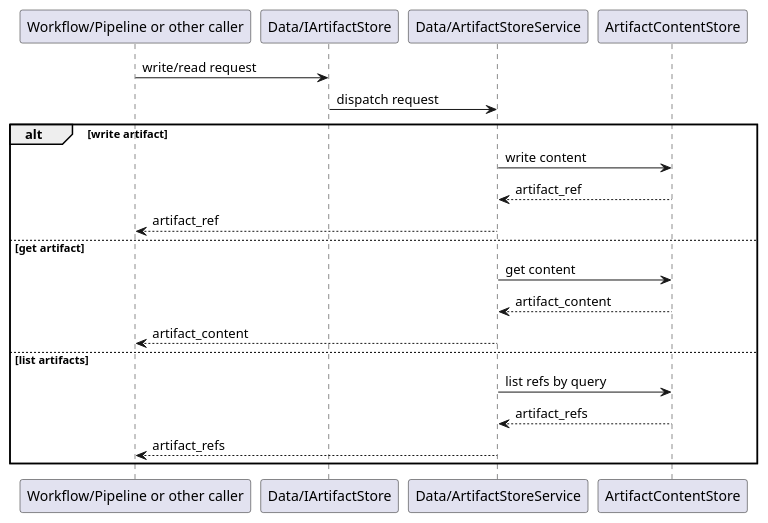
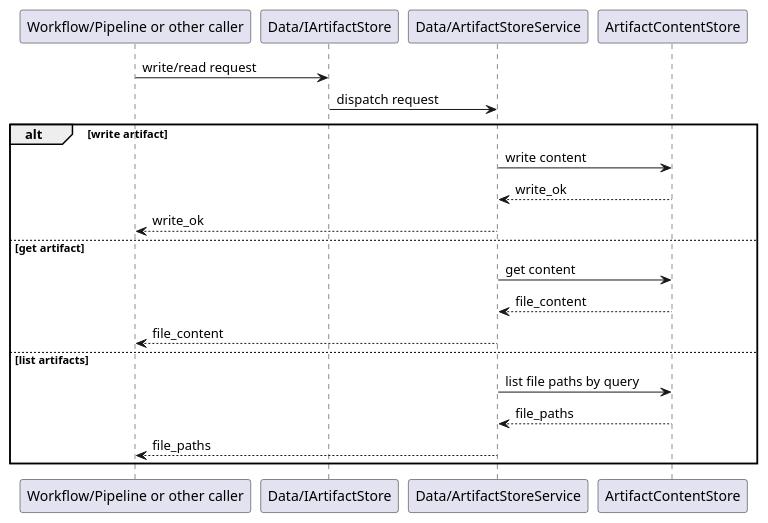
The second of 2 diagrams in meta_layer/docs/design_docs/Data/ArtifactStore.md (lucky-chen/ai_workflow_travel), drawn with PlantUML before and after one commit. The commit also changed other lines of this file and 1 other file, not shown here.

````diff
--- a/meta_layer/docs/design_docs/Data/ArtifactStore.md
+++ b/meta_layer/docs/design_docs/Data/ArtifactStore.md
@@ -96,25 +95,25 @@
 ```plantuml
 @startuml
 participant Caller as "Workflow/Pipeline or other caller"
 participant IArtifactStore as "Data/IArtifactStore"
 participant ArtifactStoreService as "Data/ArtifactStoreService"
 participant ArtifactContentStore
 
 Caller -> IArtifactStore: write/read request
 IArtifactStore -> ArtifactStoreService: dispatch request
 
 alt write artifact
   ArtifactStoreService -> ArtifactContentStore: write content
-  ArtifactContentStore --> ArtifactStoreService: artifact_ref
-  ArtifactStoreService --> Caller: artifact_ref
+  ArtifactContentStore --> ArtifactStoreService: write_ok
+  ArtifactStoreService --> Caller: write_ok
 else get artifact
   ArtifactStoreService -> ArtifactContentStore: get content
-  ArtifactContentStore --> ArtifactStoreService: artifact_content
-  ArtifactStoreService --> Caller: artifact_content
+  ArtifactContentStore --> ArtifactStoreService: file_content
+  ArtifactStoreService --> Caller: file_content
 else list artifacts
-  ArtifactStoreService -> ArtifactContentStore: list refs by query
-  ArtifactContentStore --> ArtifactStoreService: artifact_refs
-  ArtifactStoreService --> Caller: artifact_refs
+  ArtifactStoreService -> ArtifactContentStore: list file paths by query
+  ArtifactContentStore --> ArtifactStoreService: file_paths
+  ArtifactStoreService --> Caller: file_paths
 end
 @enduml
 ```
````
